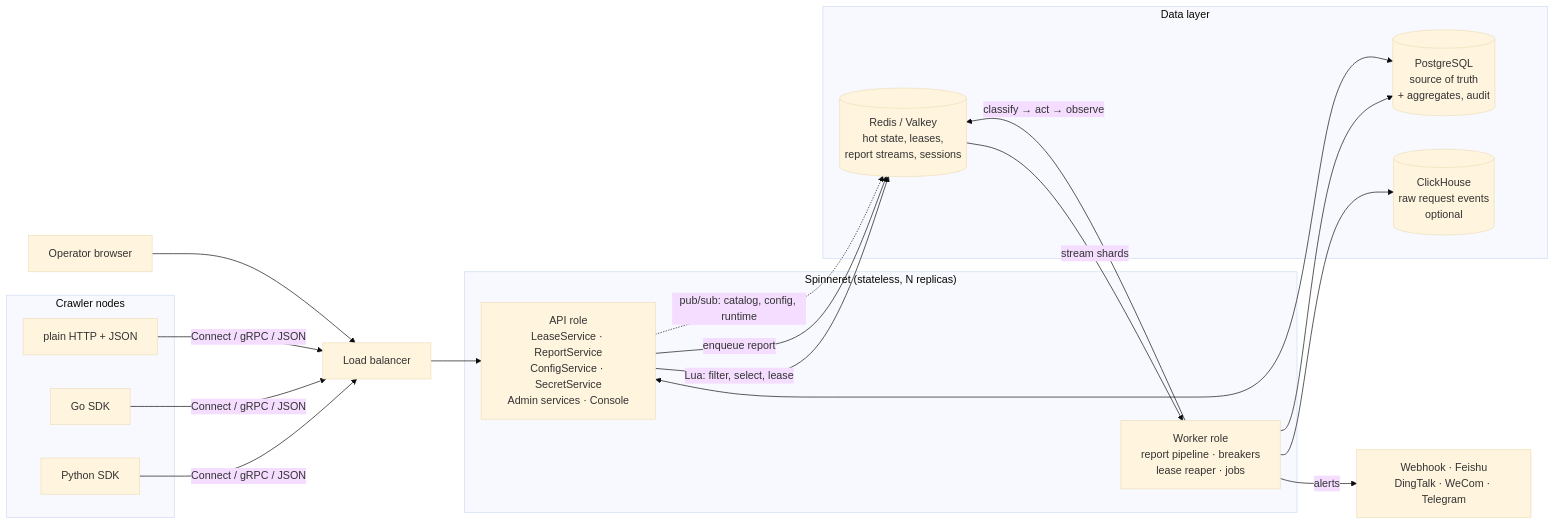
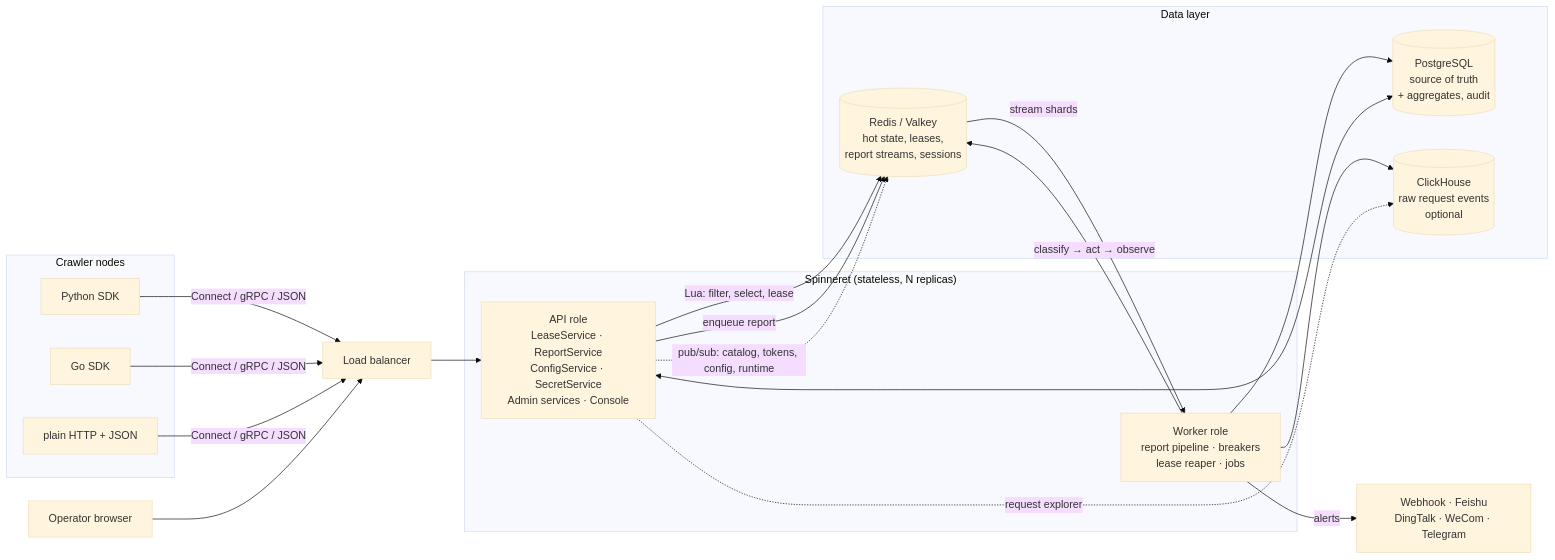
One commit to TikHub/Spinneret changed the diagram in README.md. Above: the diagram before and after it, drawn with Mermaid (base theme). The commit also changed other lines of this file and 695 other files, not shown here.

````diff
--- a/README.md
+++ b/README.md
@@ -74,32 +75,33 @@
 ```mermaid
 flowchart LR
     subgraph nodes["Crawler nodes"]
         PY["Python SDK"]
         GO["Go SDK"]
         HTTP["plain HTTP + JSON"]
     end
 
     subgraph plane["Spinneret (stateless, N replicas)"]
         API["API role<br/>LeaseService · ReportService<br/>ConfigService · SecretService<br/>Admin services · Console"]
         WRK["Worker role<br/>report pipeline · breakers<br/>lease reaper · jobs"]
     end
 
     subgraph data["Data layer"]
         RD[("Redis / Valkey<br/>hot state, leases,<br/>report streams, sessions")]
         PG[("PostgreSQL<br/>source of truth<br/>+ aggregates, audit")]
         CH[("ClickHouse<br/>raw request events<br/>optional")]
     end
 
     PY & GO & HTTP -->|Connect / gRPC / JSON| LB["Load balancer"]
     LB --> API
     API -->|"Lua: filter, select, lease"| RD
     API -->|"enqueue report"| RD
     RD -->|"stream shards"| WRK
     WRK -->|"classify → act → observe"| RD
     WRK --> PG
     WRK --> CH
     API <--> PG
-    API -.->|"pub/sub: catalog, config, runtime"| RD
+    API -.->|"request explorer"| CH
+    API -.->|"pub/sub: catalog, tokens, config, runtime"| RD
     WRK -->|alerts| NOTIFY["Webhook · Feishu<br/>DingTalk · WeCom · Telegram"]
     BROWSER["Operator browser"] --> LB
 ```
````
